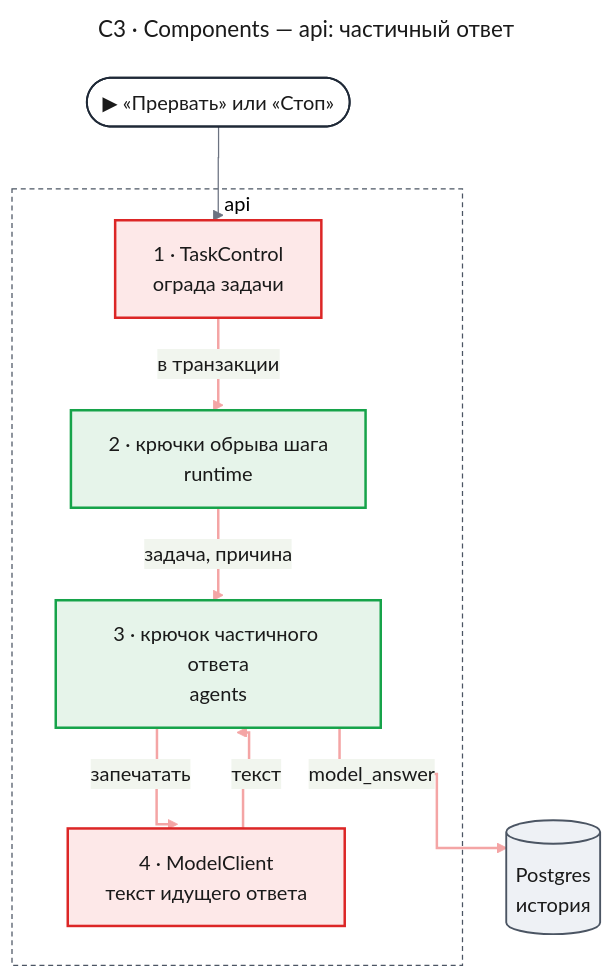
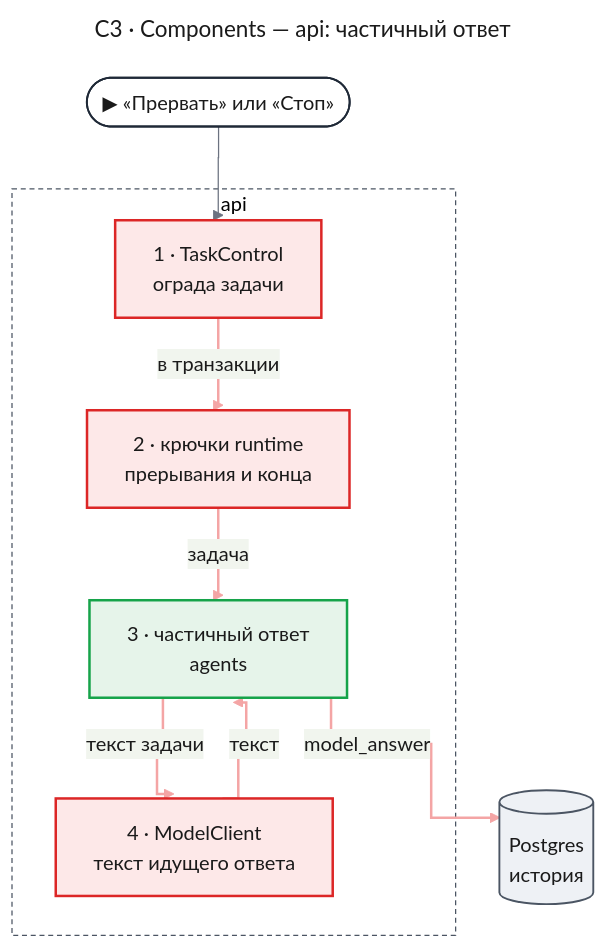
Before and after one commit to tundraray/agent-os: the first of 4 diagrams in docs/features/runtime-fixes/design-steps.md, drawn with Mermaid. The commit also changed other lines of this file and 3 other files, not shown here.

````diff
--- a/docs/features/runtime-fixes/design-steps.md
+++ b/docs/features/runtime-fixes/design-steps.md
@@ -117,52 +117,52 @@
 ```mermaid
 ---
 title: "C3 · Components — api: частичный ответ"
 config:
   theme: base
   look: classic
   themeVariables:
     primaryColor: "#eef1f5"
     primaryBorderColor: "#4b5563"
     primaryTextColor: "#1a1a1a"
     lineColor: "#6b7280"
   flowchart:
     curve: step
   themeCSS: |
     @keyframes lit_c3a{0%,18%{stroke:#991b1b;stroke-width:6px}20%,100%{stroke:#f4a5a5;stroke-width:2px}}
 ---
 flowchart TB
     entry(["▶ «Прервать» или «Стоп»"])
     subgraph api["api"]
         ctl["1 · TaskControl<br/>ограда задачи"]
-        hooks["2 · крючки обрыва шага<br/>runtime"]
-        hook["3 · крючок частичного ответа<br/>agents"]
+        hooks["2 · крючки runtime<br/>прерывания и конца"]
+        hook["3 · частичный ответ<br/>agents"]
         mc["4 · ModelClient<br/>текст идущего ответа"]
     end
     db[("Postgres<br/>история")]
     entry --> ctl
     ctl e1@-->|"в транзакции"| hooks
-    hooks e2@-->|"задача, причина"| hook
-    hook e3@-->|"запечатать"| mc
+    hooks e2@-->|"задача"| hook
+    hook e3@-->|"текст задачи"| mc
     mc e4@-->|"текст"| hook
     hook e5@-->|"model_answer"| db
     classDef entry fill:#ffffff,stroke:#1f2937,stroke-width:1.5px,color:#1a1a1a
     classDef changed fill:#fde8e8,stroke:#dc2626,stroke-width:2px,color:#1a1a1a
     classDef new fill:#e6f4ea,stroke:#16a34a,stroke-width:2px,color:#1a1a1a
     classDef unchanged fill:#eef1f5,stroke:#4b5563,stroke-width:1.5px,color:#1a1a1a
     classDef frame fill:none,stroke:#4b5563,stroke-width:1px,stroke-dasharray:4 3
     classDef w1 stroke:#f4a5a5,stroke-width:2px,animation:lit_c3a 6s linear 0s infinite
     classDef w2 stroke:#f4a5a5,stroke-width:2px,animation:lit_c3a 6s linear 1.2s infinite
     classDef w3 stroke:#f4a5a5,stroke-width:2px,animation:lit_c3a 6s linear 2.4s infinite
     classDef w4 stroke:#f4a5a5,stroke-width:2px,animation:lit_c3a 6s linear 3.6s infinite
     classDef w5 stroke:#f4a5a5,stroke-width:2px,animation:lit_c3a 6s linear 4.8s infinite
     class entry entry
-    class ctl,mc changed
-    class hooks,hook new
+    class ctl,hooks,mc changed
+    class hook new
     class db unchanged
     class api frame
     class e1 w1
     class e2 w2
     class e3 w3
     class e4 w4
     class e5 w5
 ```
````
